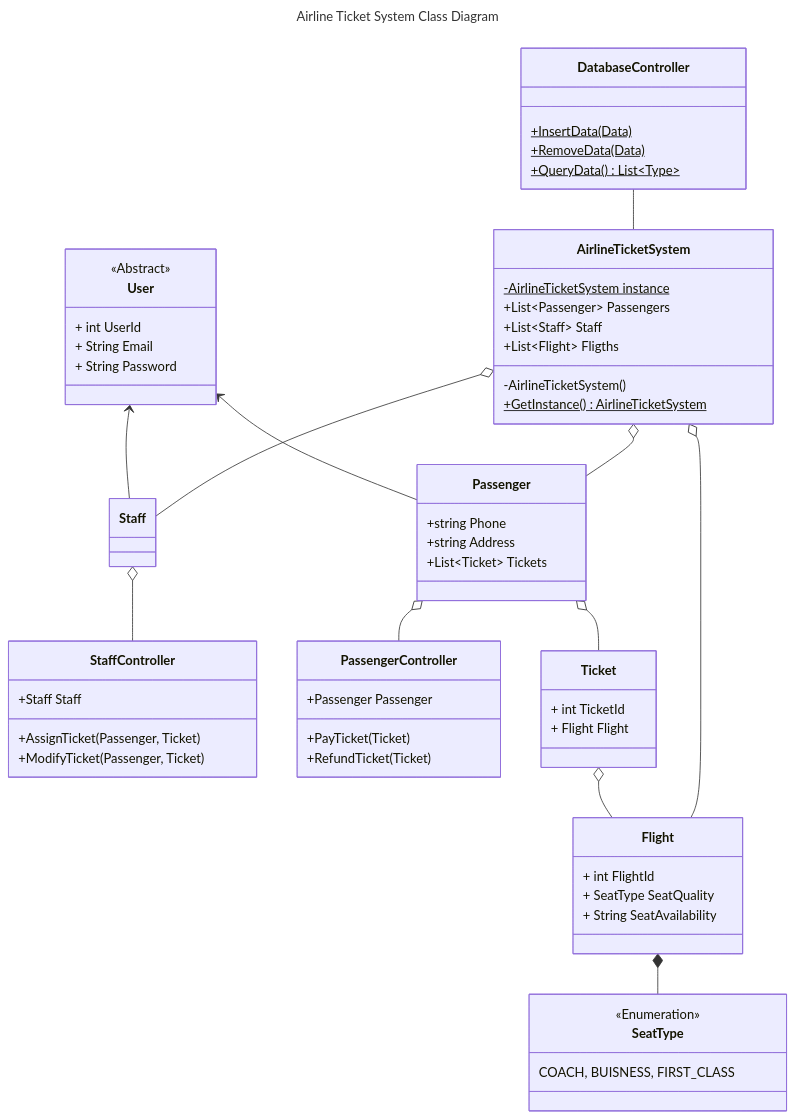
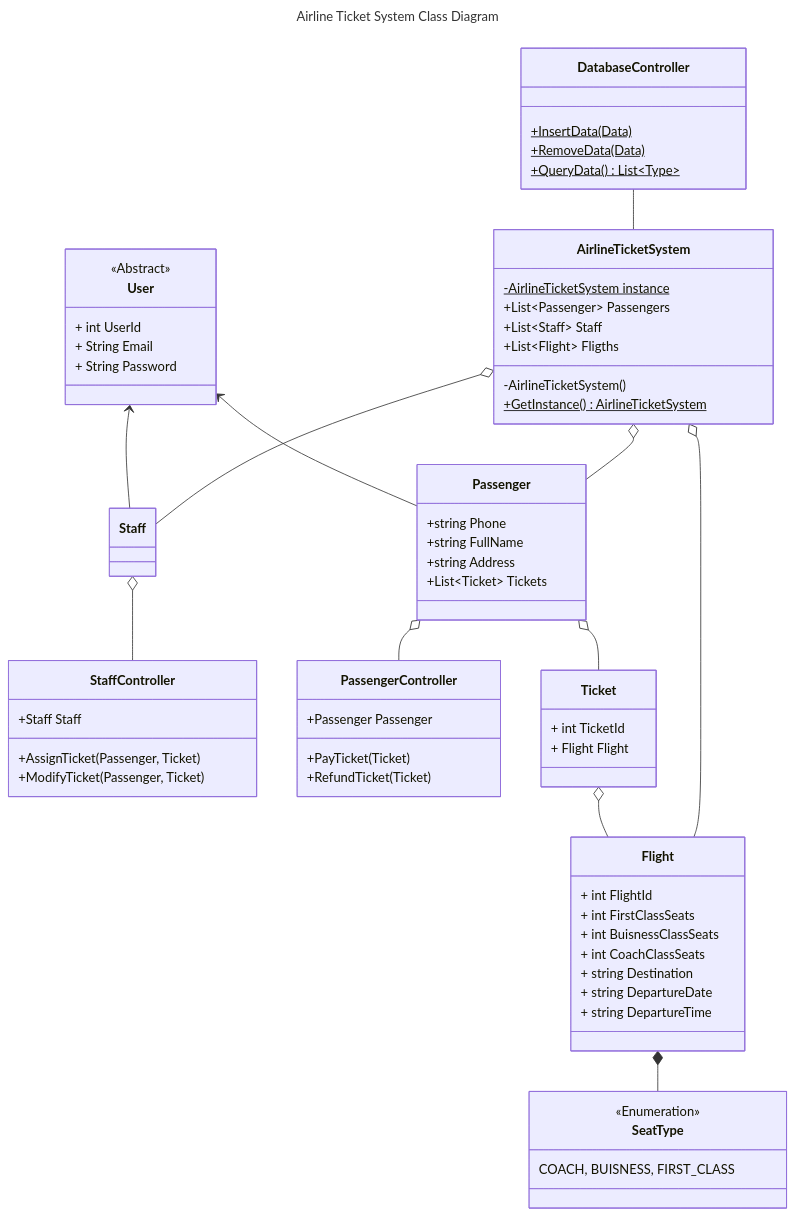
The diagram in docs/Diagrams/ClassDiagram.md (4lex16/AppDevProject), drawn with Mermaid before and after one commit. The commit also changed 30 other files, not shown here.

```diff
--- a/docs/Diagrams/ClassDiagram.md
+++ b/docs/Diagrams/ClassDiagram.md
@@ -50,14 +50,19 @@
 
     class Passenger {
         +string Phone
+        +string FullName
         +string Address
         +List~Ticket~ Tickets
     }
 
     class Flight {
         + int FlightId
-        + SeatType SeatQuality
-        + String SeatAvailability
+        + int FirstClassSeats
+        + int BuisnessClassSeats
+        + int CoachClassSeats
+        + string Destination
+        + string DepartureDate
+        + string DepartureTime
     }
 
     class SeatType {
```
